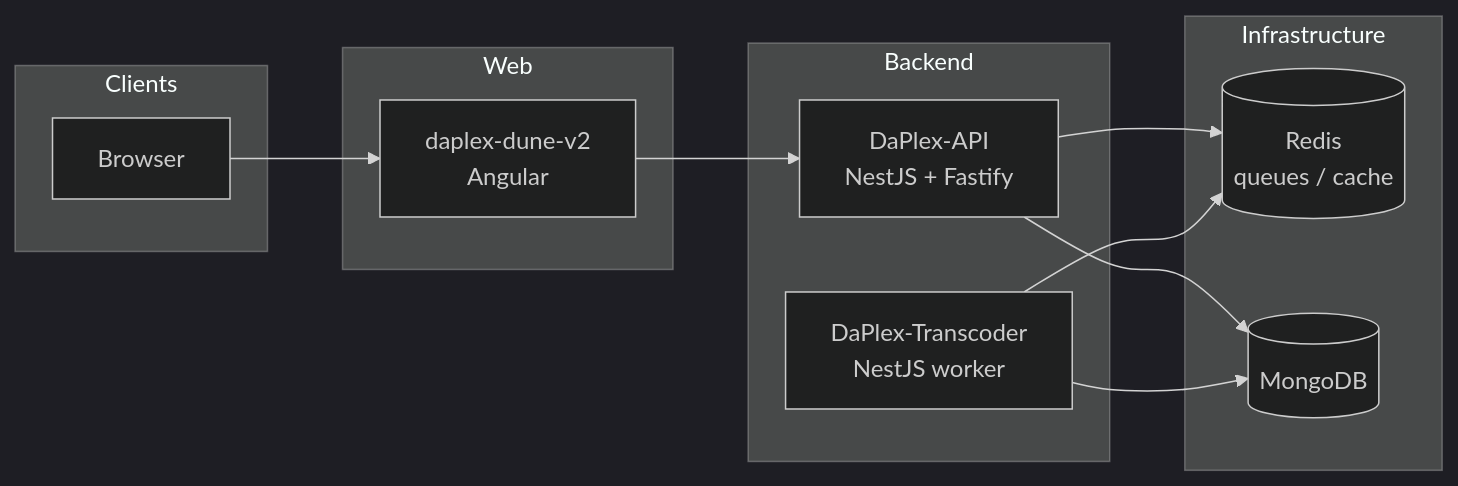
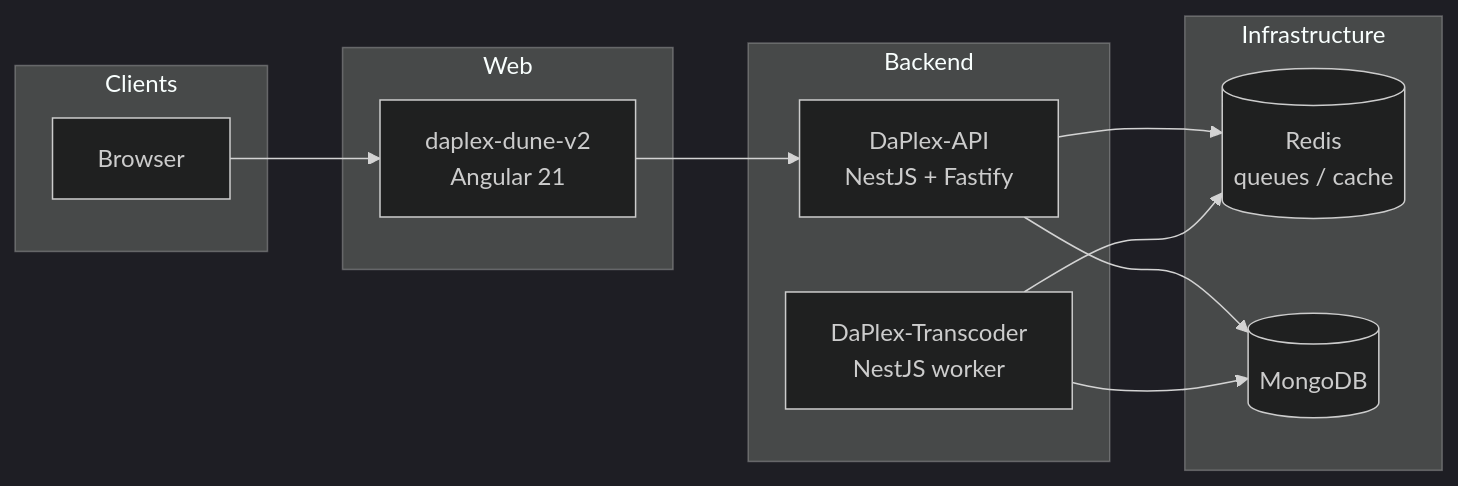
One commit to yacucdeptrai/DaPlex changed the diagram in README.md. Above: the diagram before and after it, drawn with Mermaid (dark theme). The commit also changed other lines of this file, not shown here.

````diff
--- a/README.md
+++ b/README.md
@@ -70,23 +71,23 @@
 ```mermaid
 flowchart LR
   subgraph clients [Clients]
     Browser["Browser"]
   end
   subgraph web [Web]
-    Angular["daplex-dune-v2\nAngular"]
+    Angular["daplex-dune-v2\nAngular 21"]
   end
   subgraph backend [Backend]
     API["DaPlex-API\nNestJS + Fastify"]
     T["DaPlex-Transcoder\nNestJS worker"]
   end
   subgraph data [Infrastructure]
     R[("Redis\nqueues / cache")]
     M[("MongoDB")]
   end
   Browser --> Angular
   Angular --> API
   API --> M
   API --> R
   T --> R
   T --> M
 ```
````
